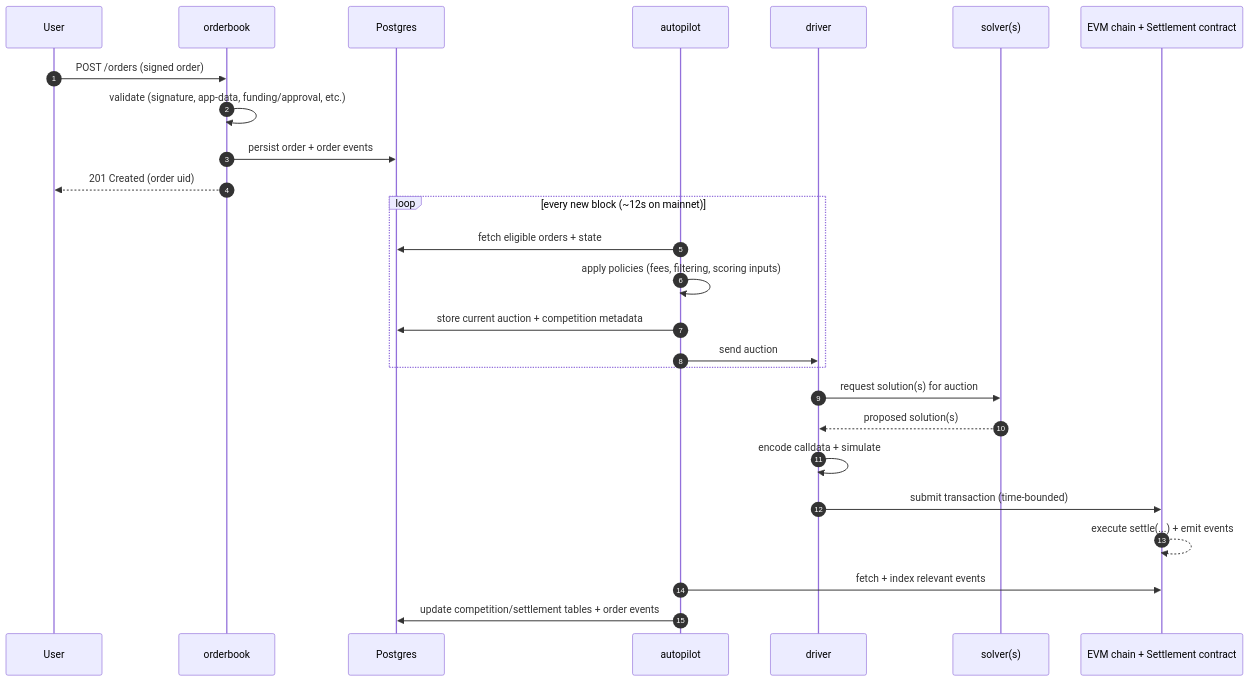
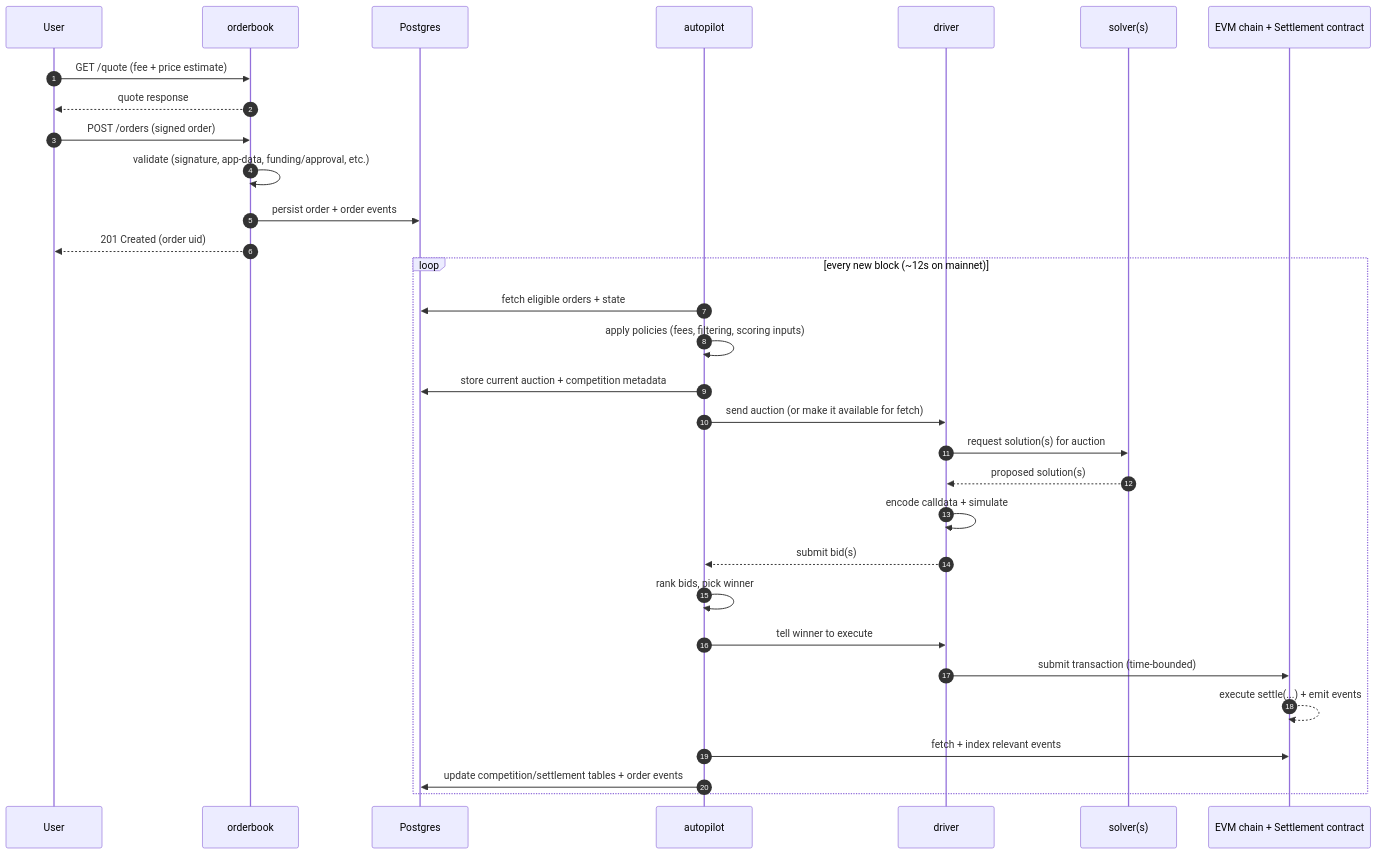
The second of 4 diagrams in docs/ONBOARDING.md (cowprotocol/services), drawn with Mermaid before and after one commit. The commit also changed other lines of this file, not shown here.

Commit message:
Address comments

````diff
--- a/docs/ONBOARDING.md
+++ b/docs/ONBOARDING.md
@@ -32,31 +32,36 @@
 ```mermaid
 sequenceDiagram
   autonumber
   participant User
   participant Orderbook as orderbook
   participant DB as Postgres
   participant Autopilot as autopilot
   participant Driver as driver
   participant Solver as solver(s)
   participant Chain as EVM chain + Settlement contract
 
+  User->>Orderbook: GET /quote (fee + price estimate)
+  Orderbook-->>User: quote response
   User->>Orderbook: POST /orders (signed order)
   Orderbook->>Orderbook: validate (signature, app-data, funding/approval, etc.)
   Orderbook->>DB: persist order + order events
   Orderbook-->>User: 201 Created (order uid)
 
   loop every new block (~12s on mainnet)
     Autopilot->>DB: fetch eligible orders + state
     Autopilot->>Autopilot: apply policies (fees, filtering, scoring inputs)
     Autopilot->>DB: store current auction + competition metadata
-    Autopilot->>Driver: send auction
+    Autopilot->>Driver: send auction (or make it available for fetch)
+
+    Driver->>Solver: request solution(s) for auction
+    Solver-->>Driver: proposed solution(s)
+    Driver->>Driver: encode calldata + simulate
+    Driver-->>Autopilot: submit bid(s)
+    Autopilot->>Autopilot: rank bids, pick winner
+    Autopilot->>Driver: tell winner to execute
+    Driver->>Chain: submit transaction (time-bounded)
+    Chain-->>Chain: execute settle(...) + emit events
+    Autopilot->>Chain: fetch + index relevant events
+    Autopilot->>DB: update competition/settlement tables + order events
   end
-
-  Driver->>Solver: request solution(s) for auction
-  Solver-->>Driver: proposed solution(s)
-  Driver->>Driver: encode calldata + simulate
-  Driver->>Chain: submit transaction (time-bounded)
-  Chain-->>Chain: execute settle(...) + emit events
-  Autopilot->>Chain: fetch + index relevant events
-  Autopilot->>DB: update competition/settlement tables + order events
 ```
````
